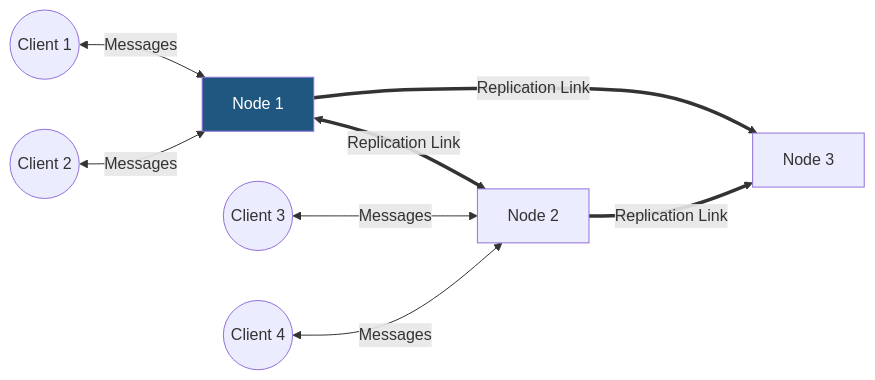
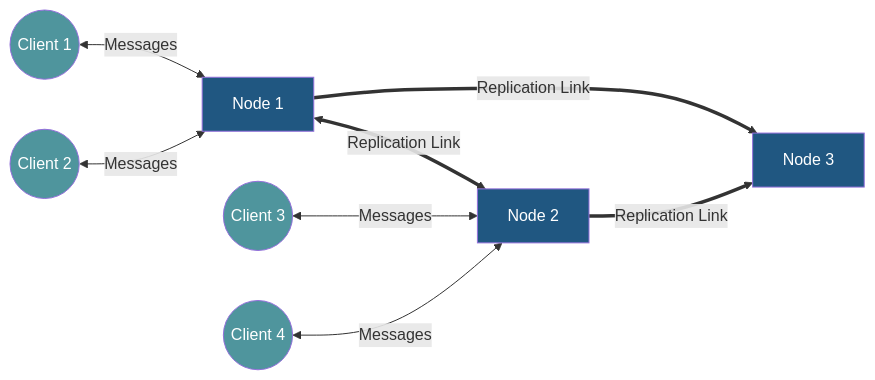
Before and after one commit to niklas-enns/message-broker: the first of 2 diagrams in README.md, drawn with Mermaid.

Commit message:
reformat table

````diff
--- a/README.md
+++ b/README.md
@@ -11,14 +11,18 @@
 ```mermaid
 graph LR;
     N1[Node 1]<==>|Replication Link|N2[Node 2]
     N1[Node 1]==>|Replication Link|N3[Node 3]
     N2==>|Replication Link|N3
     C1((Client 1))<-->|Messages|N1;
     C2((Client 2))<-->|Messages|N1;
     C3((Client 3))<-->|Messages|N2;
     C4((Client 4))<-->|Messages|N2;
     N3[Node 3]
     
     classDef c1 fill:#205781,color:white;
-    class N1 c1
+    classDef c2 fill:#4F959D,color:white;
+    classDef c3 fill:#98D2C0;
+    classDef c4 fill:#F6F8D5;
+    class N1,N2,N3 c1
+    class C1,C2,C3,C4 c2
 ```
````
